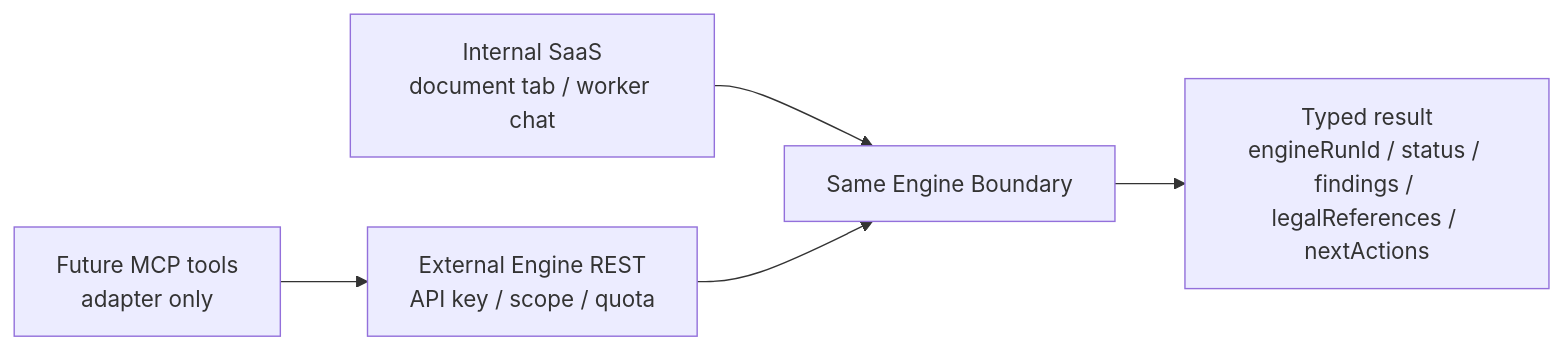
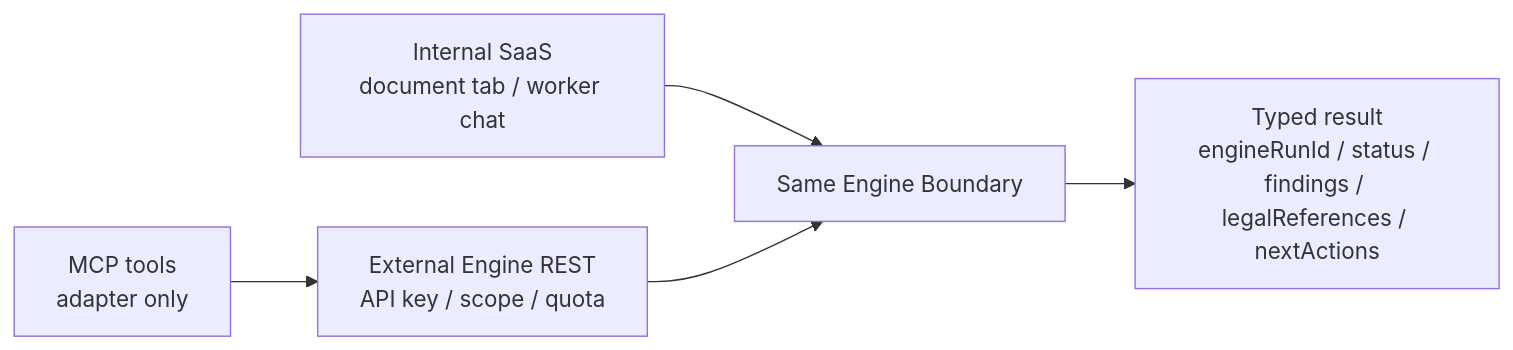
One commit to parkKevinSB/archdox changed the fifth of 8 diagrams in docs/architecture/SYSTEM_MAP.md. Above: the diagram before and after it, drawn with Mermaid. The commit also changed other lines of this file and 6 other files, not shown here.

````diff
--- a/docs/architecture/SYSTEM_MAP.md
+++ b/docs/architecture/SYSTEM_MAP.md
@@ -225,13 +225,13 @@
 ```mermaid
 flowchart LR
     Internal["Internal SaaS<br/>document tab / worker chat"]
     ExternalRest["External Engine REST<br/>API key / scope / quota"]
-    FutureMcp["Future MCP tools<br/>adapter only"]
+    McpTools["MCP tools<br/>adapter only"]
     Boundary["Same Engine Boundary"]
     Result["Typed result<br/>engineRunId / status / findings / legalReferences / nextActions"]
 
     Internal --> Boundary
     ExternalRest --> Boundary
-    FutureMcp --> ExternalRest
+    McpTools --> ExternalRest
     Boundary --> Result
 ```
````
